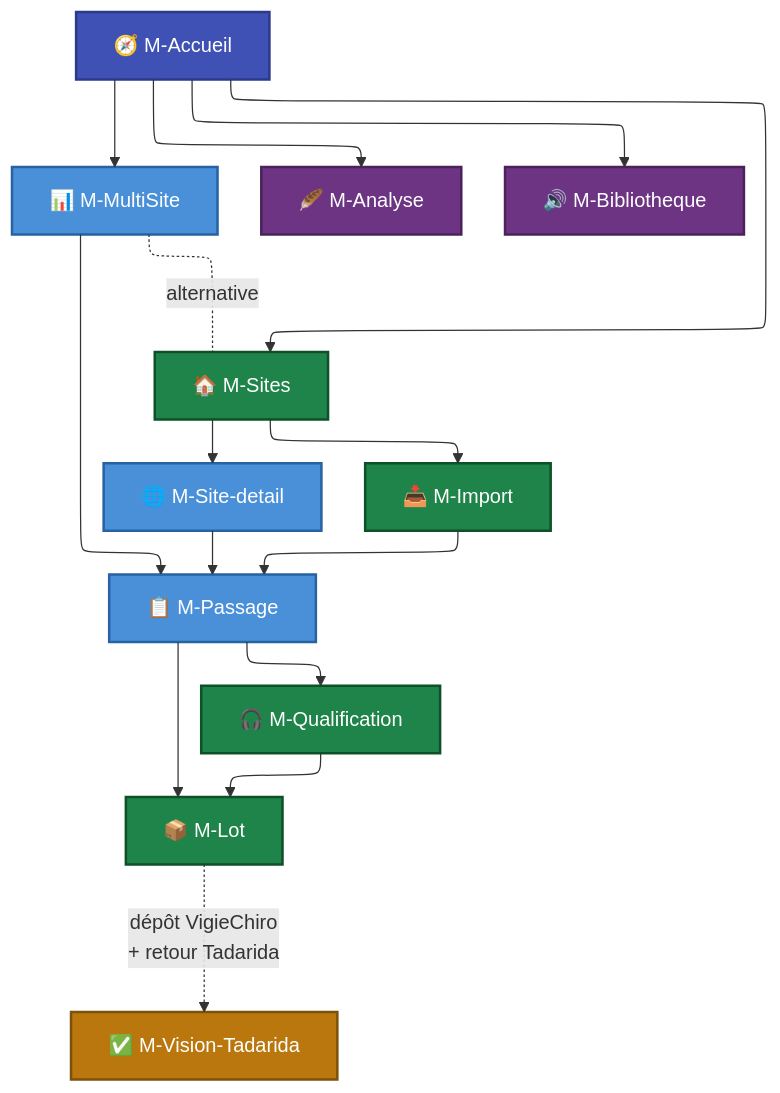
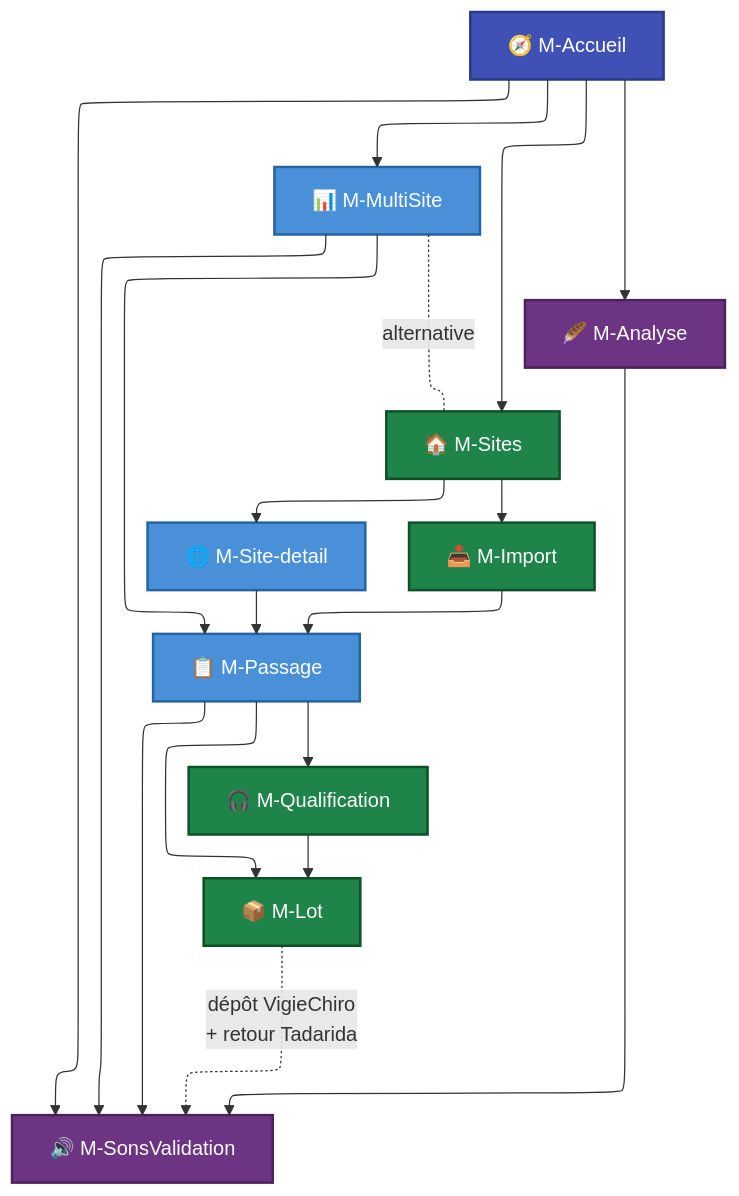
One commit to echonuit/vigiechiro-pr-companion changed the diagram in brief/docs/Analyse et conception/Maquettes/index.md. Above: the diagram before and after it, drawn with Mermaid. The commit also changed other lines of this file and 14 other files, not shown here.

First line of the commit message:
refonte(maquette): replier M-Vision-Tadarida et M-Bibliotheque dans M-SonsValidation (#26)

````diff
--- a/brief/docs/Analyse et conception/Maquettes/index.md
+++ b/brief/docs/Analyse et conception/Maquettes/index.md
@@ -49,41 +47,41 @@
 ```mermaid
 %%{init: {"flowchart": {"defaultRenderer": "elk"}, "themeCSS": ".nodeLabel, .nodeLabel p, .nodeLabel span { color: #fff !important; fill: #fff !important; }"}}%%
 flowchart TB
     Accueil[🧭 M-Accueil]
     Sites[🏠 M-Sites]
     MultiSite[📊 M-MultiSite]
     Detail[🌐 M-Site-detail]
     Import[📥 M-Import]
     Passage[📋 M-Passage]
     Qualif[🎧 M-Qualification]
     Lot[📦 M-Lot]
-    Tadarida[✅ M-Vision-Tadarida]
     Analyse[🪶 M-Analyse]
-    Biblio[🔊 M-Bibliotheque]
+    SonsVal[🔊 M-SonsValidation]
 
     Accueil --> Sites
     Accueil --> MultiSite
     Accueil --> Analyse
-    Accueil --> Biblio
+    Accueil --> SonsVal
     Sites --> Detail
     Sites --> Import
     MultiSite -.alternative.- Sites
     Detail --> Passage
     Import --> Passage
     MultiSite --> Passage
     Passage --> Qualif
+    Passage --> SonsVal
     Qualif --> Lot
     Passage --> Lot
-    Lot -.dépôt VigieChiro<br/>+ retour Tadarida.-> Tadarida
+    Lot -.dépôt VigieChiro<br/>+ retour Tadarida.-> SonsVal
+    Analyse --> SonsVal
+    MultiSite --> SonsVal
 
     classDef accueil fill:#3f51b5,stroke:#2c3a8c,color:#fff,stroke-width:2px
     classDef main fill:#1e8449,stroke:#0e5128,color:#fff,stroke-width:2px
     classDef detail fill:#4a90d9,stroke:#2563a3,color:#fff,stroke-width:2px
-    classDef etiree fill:#b9770e,stroke:#7e5109,color:#fff,stroke-width:2px
     classDef biodiv fill:#6c3483,stroke:#4a235a,color:#fff,stroke-width:2px
     class Accueil accueil
     class Sites,Import,Qualif,Lot main
     class Detail,Passage,MultiSite detail
-    class Tadarida etiree
-    class Analyse,Biblio biodiv
+    class Analyse,SonsVal biodiv
 ```
````
